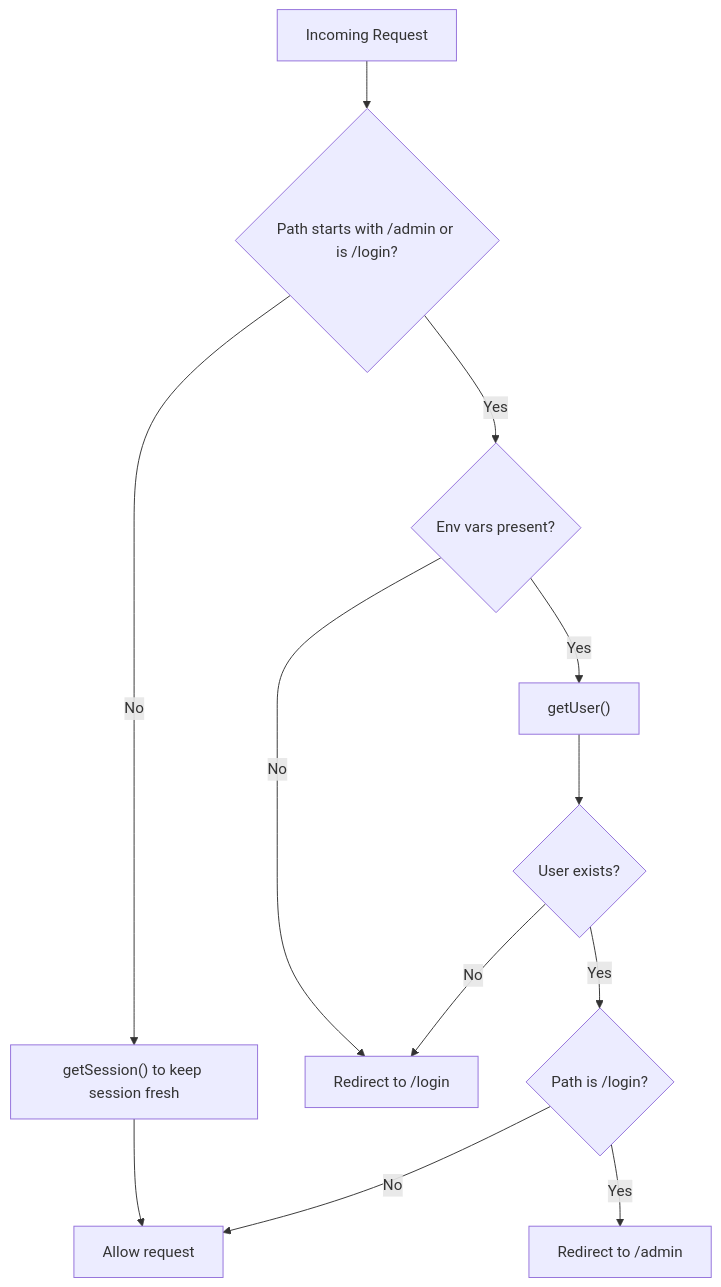
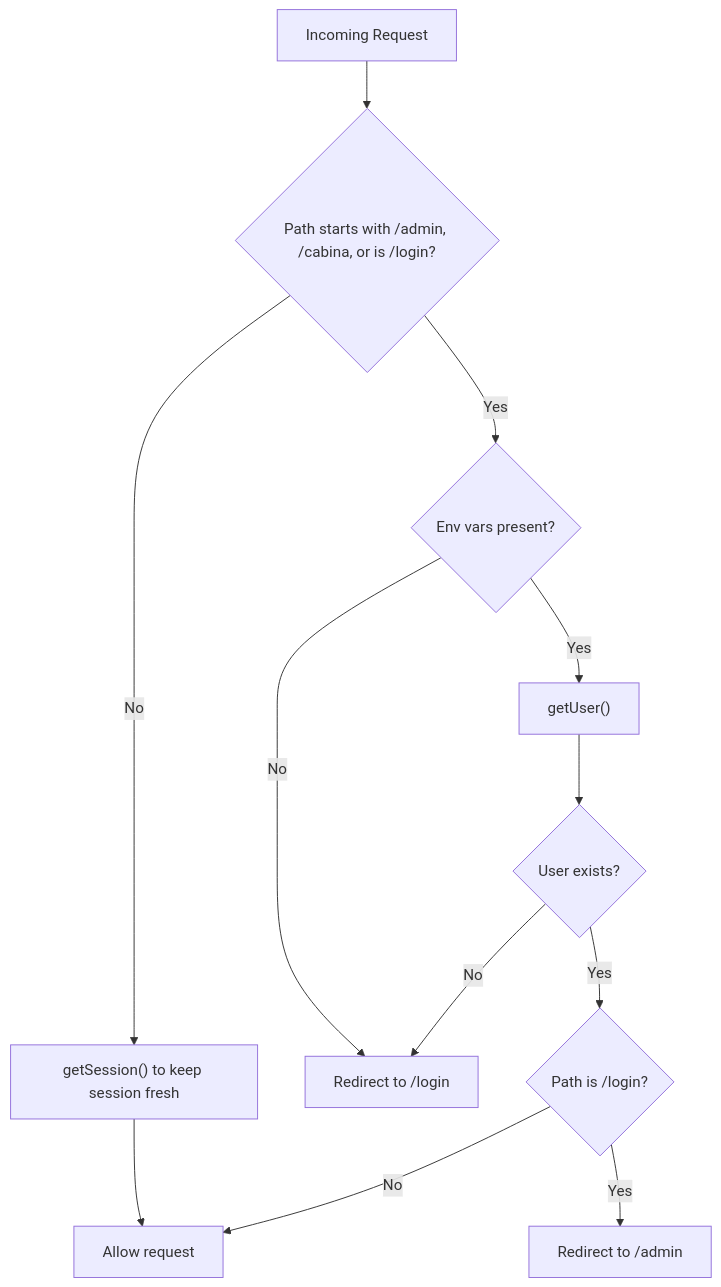
One commit to AgusCatra/simu-twin-web changed the fifth of 8 diagrams in .qoder/repowiki/en/content/Core Services & Business Logic/Authentication System.md. Above: the diagram before and after it, drawn with Mermaid. The commit also changed other lines of this file and 63 other files, not shown here.

````diff
--- a/.qoder/repowiki/en/content/Core Services & Business Logic/Authentication System.md
+++ b/.qoder/repowiki/en/content/Core Services & Business Logic/Authentication System.md
@@ -220,14 +244,14 @@
 ```mermaid
 flowchart TD
-Req["Incoming Request"] --> Classify{"Path starts with /admin or is /login?"}
+Req["Incoming Request"] --> Classify{"Path starts with /admin, /cabina, or is /login?"}
 Classify --> |No| Refresh["getSession() to keep session fresh"]
 Refresh --> Allow["Allow request"]
 Classify --> |Yes| EnvCheck{"Env vars present?"}
 EnvCheck --> |No| RedirLogin["Redirect to /login"]
 EnvCheck --> |Yes| GetUser["getUser()"]
 GetUser --> HasUser{"User exists?"}
 HasUser --> |No| RedirLogin
 HasUser --> |Yes| IsLogin{"Path is /login?"}
 IsLogin --> |Yes| RedirAdmin["Redirect to /admin"]
 IsLogin --> |No| Allow
 ```
````
